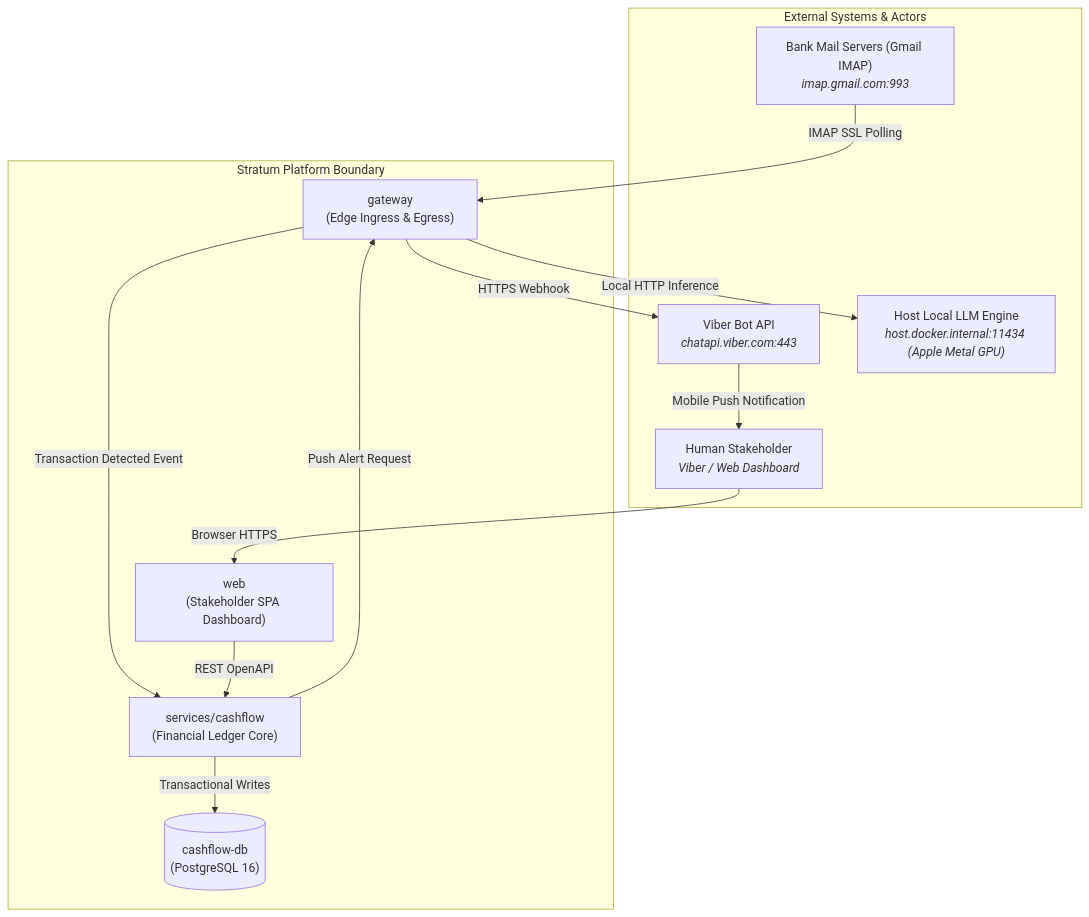
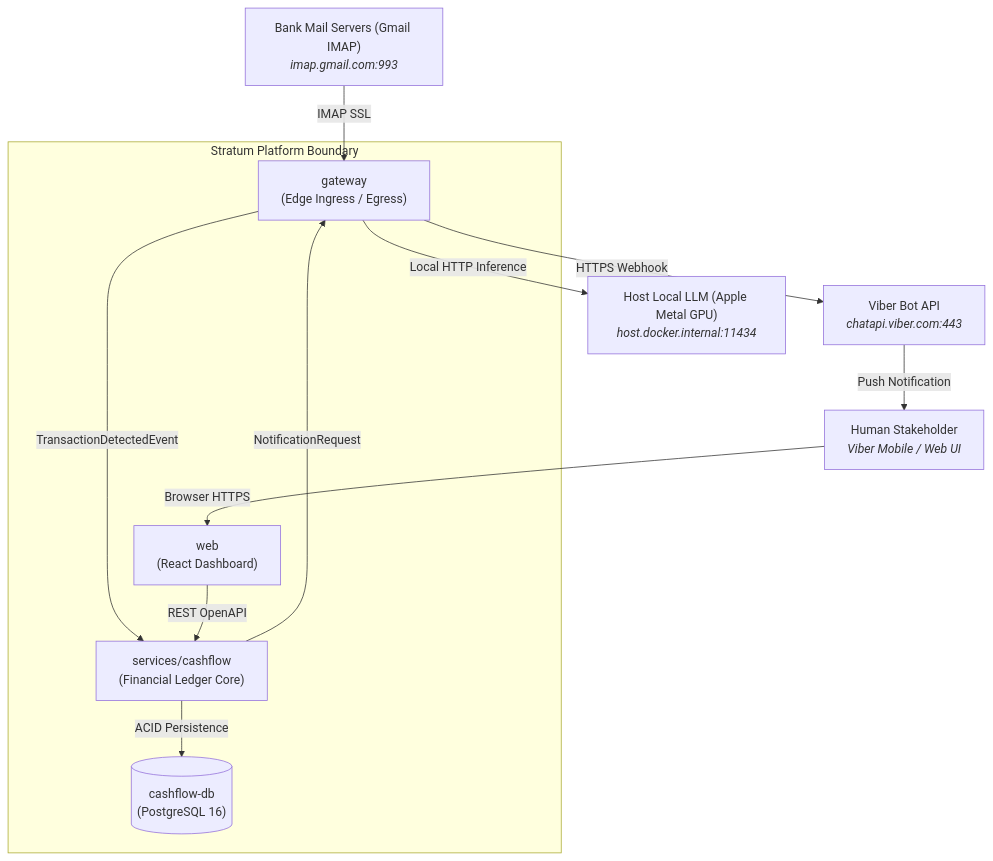
Before and after one commit to sonnormal/stratum-meta: the diagram in architecture/overview.md, drawn with Mermaid. The commit also changed other lines of this file, not shown here.

````diff
--- a/architecture/overview.md
+++ b/architecture/overview.md
@@ -20,26 +14,24 @@
 ```mermaid
 flowchart TD
-    subgraph External_World["External Systems & Actors"]
-        BankMail["Bank Mail Servers (Gmail IMAP)<br/><i>imap.gmail.com:993</i>"]
-        ViberAPI["Viber Bot API<br/><i>chatapi.viber.com:443</i>"]
-        Stakeholder["Human Stakeholder<br/><i>Viber / Web Dashboard</i>"]
-        HostOllama["Host Local LLM Engine<br/><i>host.docker.internal:11434 (Apple Metal GPU)</i>"]
+    BankMail["Bank Mail Servers (Gmail IMAP)<br/><i>imap.gmail.com:993</i>"]
+    ViberAPI["Viber Bot API<br/><i>chatapi.viber.com:443</i>"]
+    HostOllama["Host Local LLM (Apple Metal GPU)<br/><i>host.docker.internal:11434</i>"]
+    Stakeholder["Human Stakeholder<br/><i>Viber Mobile / Web UI</i>"]
+
+    subgraph Stratum_Platform["Stratum Platform Boundary"]
+        Gateway["gateway<br/>(Edge Ingress / Egress)"]
+        Cashflow["services/cashflow<br/>(Financial Ledger Core)"]
+        Postgres[("cashflow-db<br/>(PostgreSQL 16)")]
+        WebUI["web<br/>(React Dashboard)"]
     end
 
-    subgraph Stratum_Platform["Stratum Platform Boundary"]
-        Gateway["gateway<br/>(Edge Ingress & Egress)"]
-        Cashflow["services/cashflow<br/>(Financial Ledger Core)"]
-        WebUI["web<br/>(Stakeholder SPA Dashboard)"]
-        Postgres[("cashflow-db<br/>(PostgreSQL 16)")]
-    end
-
-    BankMail -->|IMAP SSL Polling| Gateway
+    BankMail -->|IMAP SSL| Gateway
     Gateway -->|Local HTTP Inference| HostOllama
-    Gateway -->|Transaction Detected Event| Cashflow
-    Cashflow -->|Transactional Writes| Postgres
-    Cashflow -->|Push Alert Request| Gateway
+    Gateway -->|TransactionDetectedEvent| Cashflow
+    Cashflow -->|ACID Persistence| Postgres
+    Cashflow -->|NotificationRequest| Gateway
     Gateway -->|HTTPS Webhook| ViberAPI
-    ViberAPI -->|Mobile Push Notification| Stakeholder
+    ViberAPI -->|Push Notification| Stakeholder
     Stakeholder -->|Browser HTTPS| WebUI
     WebUI -->|REST OpenAPI| Cashflow
 ```
````
